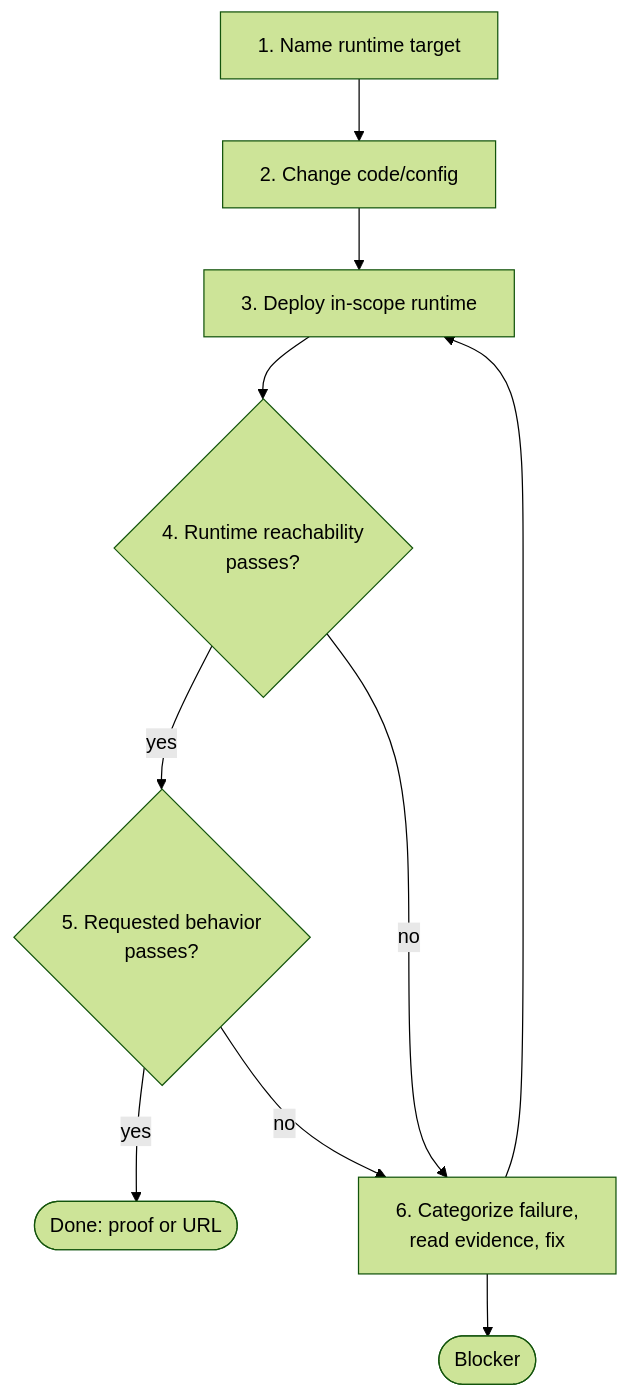
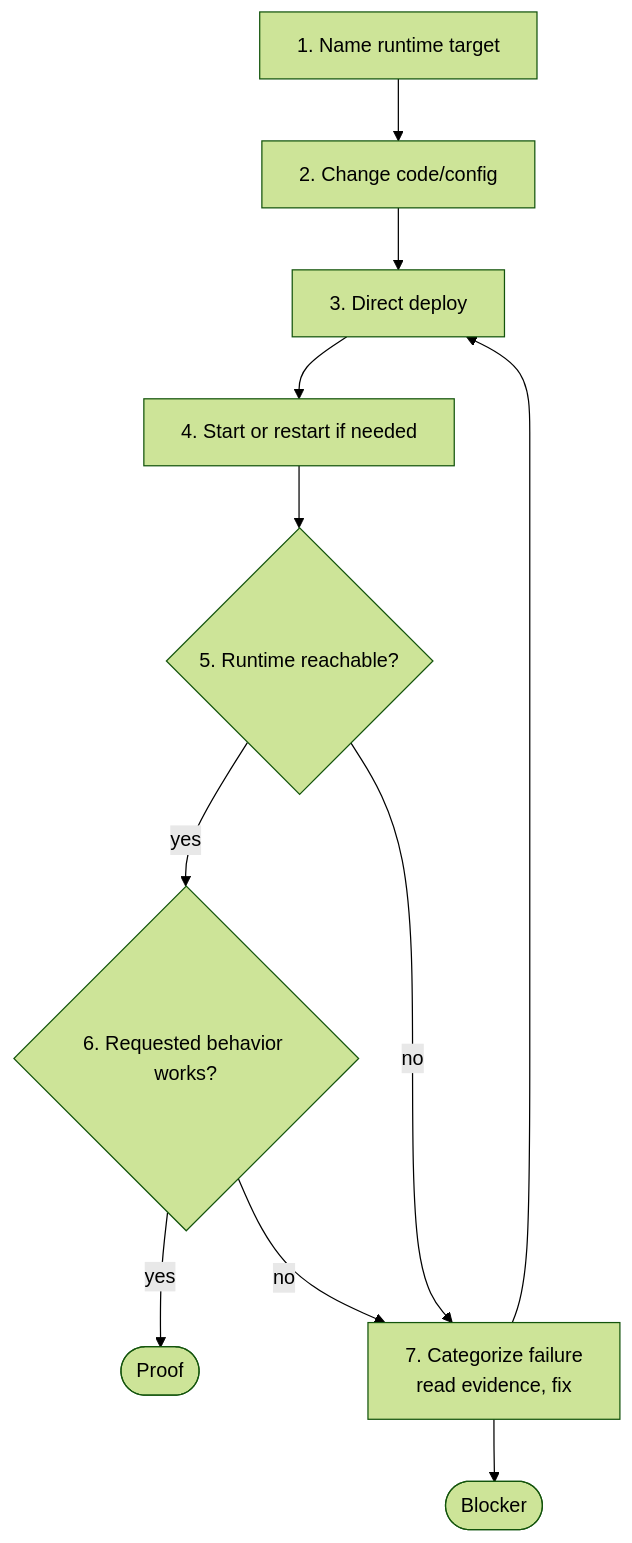
The second of 2 diagrams in apps/docs/content/zcp/reference/agent-workflow.mdx (zeropsio/docs), drawn with Mermaid (forest theme) before and after one commit. The commit also changed other lines of this file and 12 other files, not shown here.

Commit message:
Refine ZCP docs flow and reference pages

````diff
--- a/apps/docs/content/zcp/reference/agent-workflow.mdx
+++ b/apps/docs/content/zcp/reference/agent-workflow.mdx
@@ -56,18 +94,20 @@
 ```mermaid
 flowchart TD
   scope["1. Name runtime target"]
   change["2. Change code/config"]
-  deploy["3. Deploy in-scope runtime"]
-  reach{"4. Runtime reachability<br/>passes?"}
-  behavior{"5. Requested behavior<br/>passes?"}
-  done(["Done: proof or URL"])
-  fix["6. Categorize failure,<br/>read evidence, fix"]
+  deploy["3. Direct deploy"]
+  serve["4. Start or restart if needed"]
+  reach{"5. Runtime reachable?"}
+  behavior{"6. Requested behavior works?"}
+  done(["Proof"])
+  fix["7. Categorize failure<br/>read evidence, fix"]
   blocker(["Blocker"])
-  scope --> change --> deploy --> reach
+
+  scope --> change --> deploy --> serve --> reach
   reach -- yes --> behavior
   reach -- no --> fix
   behavior -- yes --> done
   behavior -- no --> fix
   fix --> deploy
   fix --> blocker
 ```
````
